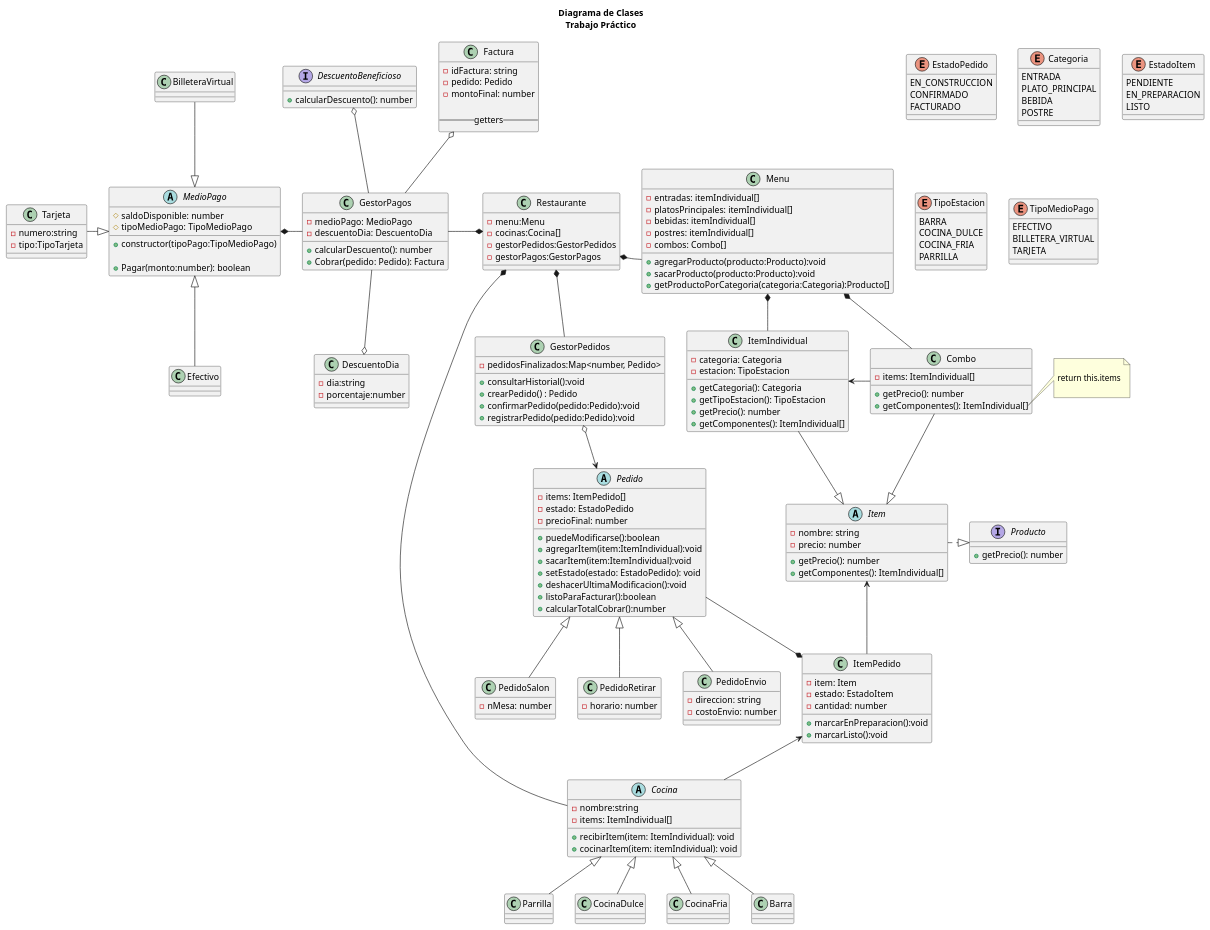
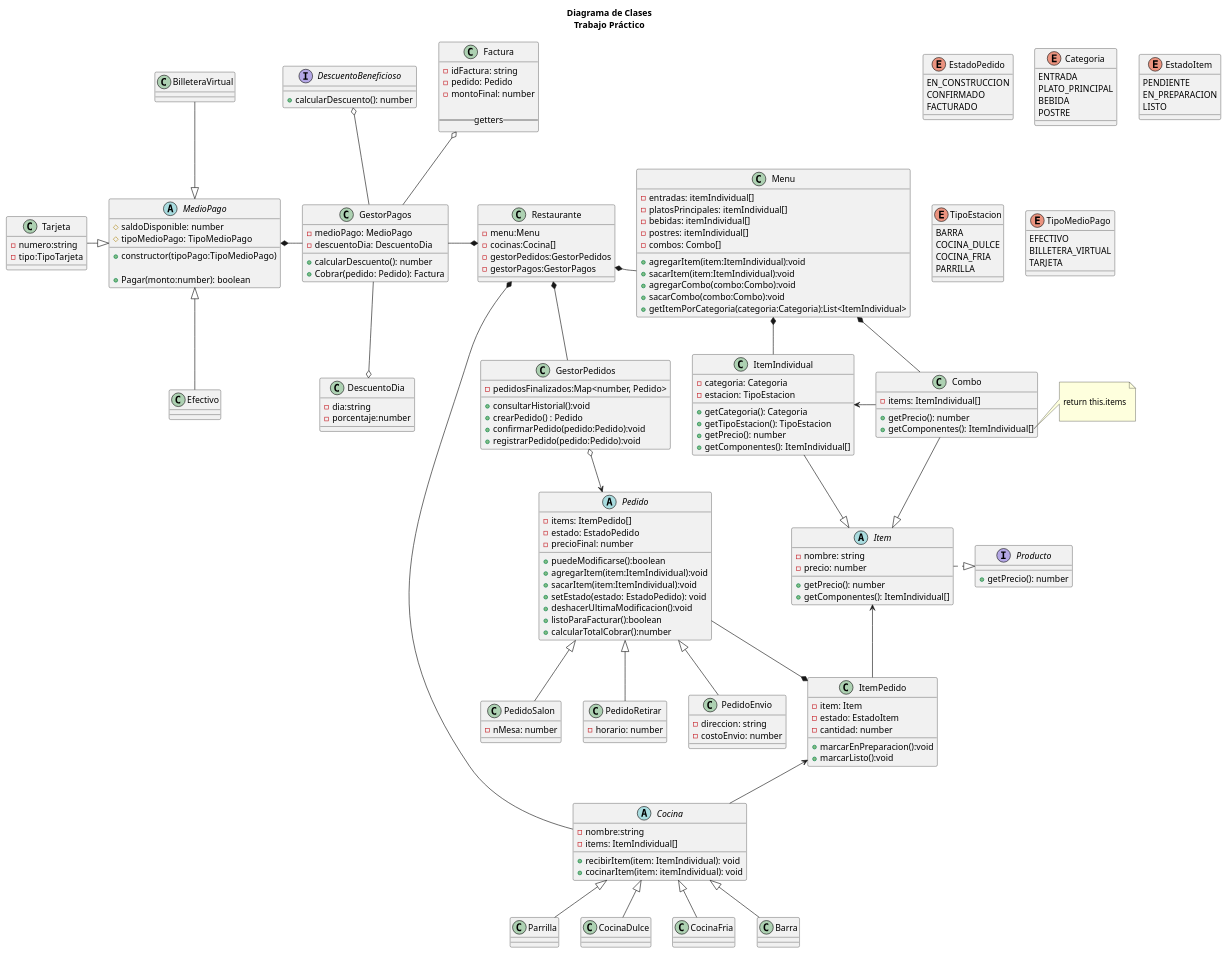
One commit to crstian8819/tp-grupo-11 changed the diagram in diagrama/diagrama.puml. Above: the diagram before and after it, drawn with PlantUML. The commit also changed 8 other files, not shown here.

```diff
--- a/diagrama/diagrama.puml
+++ b/diagrama/diagrama.puml
@@ -83,9 +83,11 @@
         -postres: itemIndividual[]
         -combos: Combo[]
 
-        +agregarProducto(producto:Producto):void
-        +sacarProducto(producto:Producto):void
-        +getProductoPorCategoria(categoria:Categoria):Producto[]
+        +agregarItem(item:ItemIndividual):void
+        +sacarItem(item:ItemIndividual):void
+        +agregarCombo(combo:Combo):void
+        +sacarCombo(combo:Combo):void
+        +getItemPorCategoria(categoria:Categoria):List<ItemIndividual>
     }
 
     interface Producto {
```
